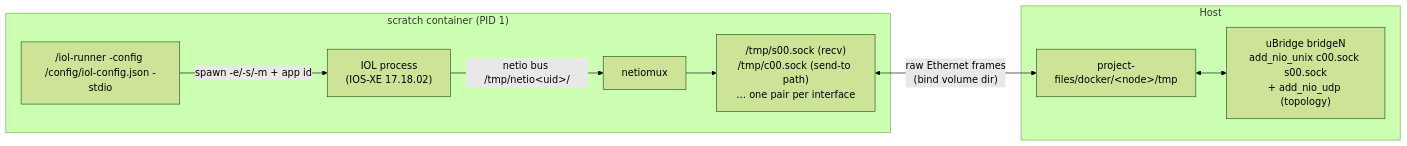
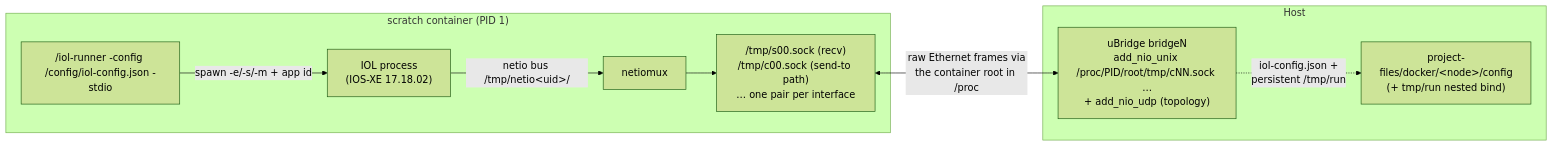
Before and after one commit to cristian-ciobanu/gns3-server: the diagram in docs/features/iol-runner-docker.md, drawn with Mermaid (forest theme). The commit also changed other lines of this file and 3 other files, not shown here.

First line of the commit message:
refactor: reach unix-socket NIOs through the container root in /proc

````diff
--- a/docs/features/iol-runner-docker.md
+++ b/docs/features/iol-runner-docker.md
@@ -28,16 +28,17 @@
 ```mermaid
 graph LR
     subgraph Container["scratch container (PID 1)"]
         RUNNER["/iol-runner -config /config/iol-config.json -stdio"]
         IOL["IOL process<br/>(IOS-XE 17.18.02)"]
         NETIOMUX["netiomux"]
         SOCKETS["/tmp/s00.sock (recv)<br/>/tmp/c00.sock (send-to path)<br/>… one pair per interface"]
         RUNNER -->|"spawn -e/-s/-m + app id"| IOL
         IOL -->|"netio bus /tmp/netio&lt;uid&gt;/"| NETIOMUX --> SOCKETS
     end
     subgraph Host
-        UBRIDGE["uBridge bridgeN<br/>add_nio_unix c00.sock s00.sock<br/>+ add_nio_udp (topology)"]
-        VOL["project-files/docker/&lt;node&gt;/tmp"]
+        UBRIDGE["uBridge bridgeN<br/>add_nio_unix /proc/PID/root/tmp/cNN.sock …<br/>+ add_nio_udp (topology)"]
+        VOL["project-files/docker/&lt;node&gt;/config<br/>(+ tmp/run nested bind)"]
     end
-    SOCKETS <-->|"raw Ethernet frames<br/>(bind volume dir)"| VOL <--> UBRIDGE
+    SOCKETS <-->|"raw Ethernet frames via<br/>the container root in /proc"| UBRIDGE
+    UBRIDGE -.->|"iol-config.json +<br/>persistent /tmp/run"| VOL
 ```
````
